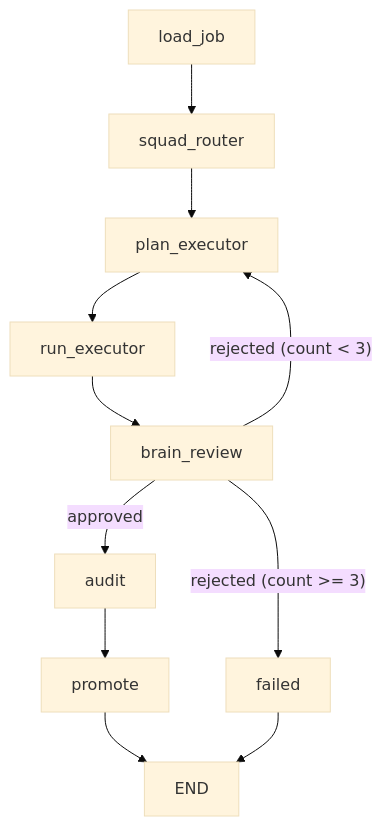
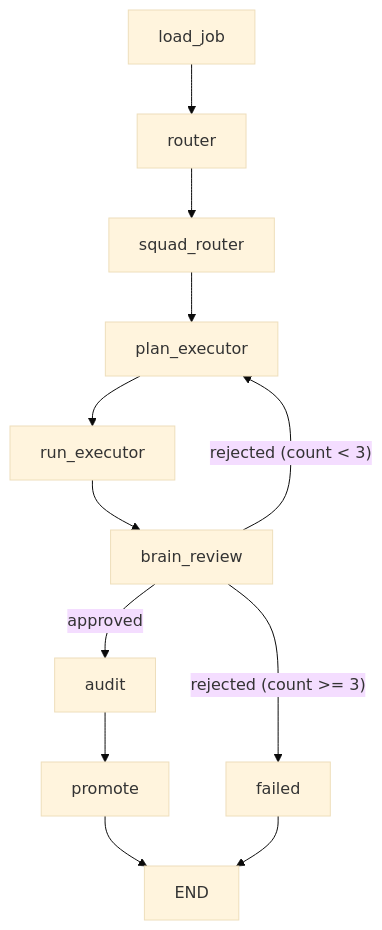
One commit to yosuku0/Antigravity_MVP_Architecture changed the diagram in README.md. Above: the diagram before and after it, drawn with Mermaid (base theme). The commit also changed other lines of this file and 14 other files, not shown here.

Commit message:
Phase E Step 1: Stability & Debt - Resurrect legacy tests, update README, and harden state schema.

````diff
--- a/README.md
+++ b/README.md
@@ -15,13 +15,14 @@
 ```mermaid
 graph TD
-    load_job --> squad_router
+    load_job --> router
+    router --> squad_router
     squad_router --> plan_executor
     plan_executor --> run_executor
     run_executor --> brain_review
     brain_review -- "rejected (count < 3)" --> plan_executor
     brain_review -- "approved" --> audit
     brain_review -- "rejected (count >= 3)" --> failed
     audit --> promote
     promote --> END
     failed --> END
 ```
````
